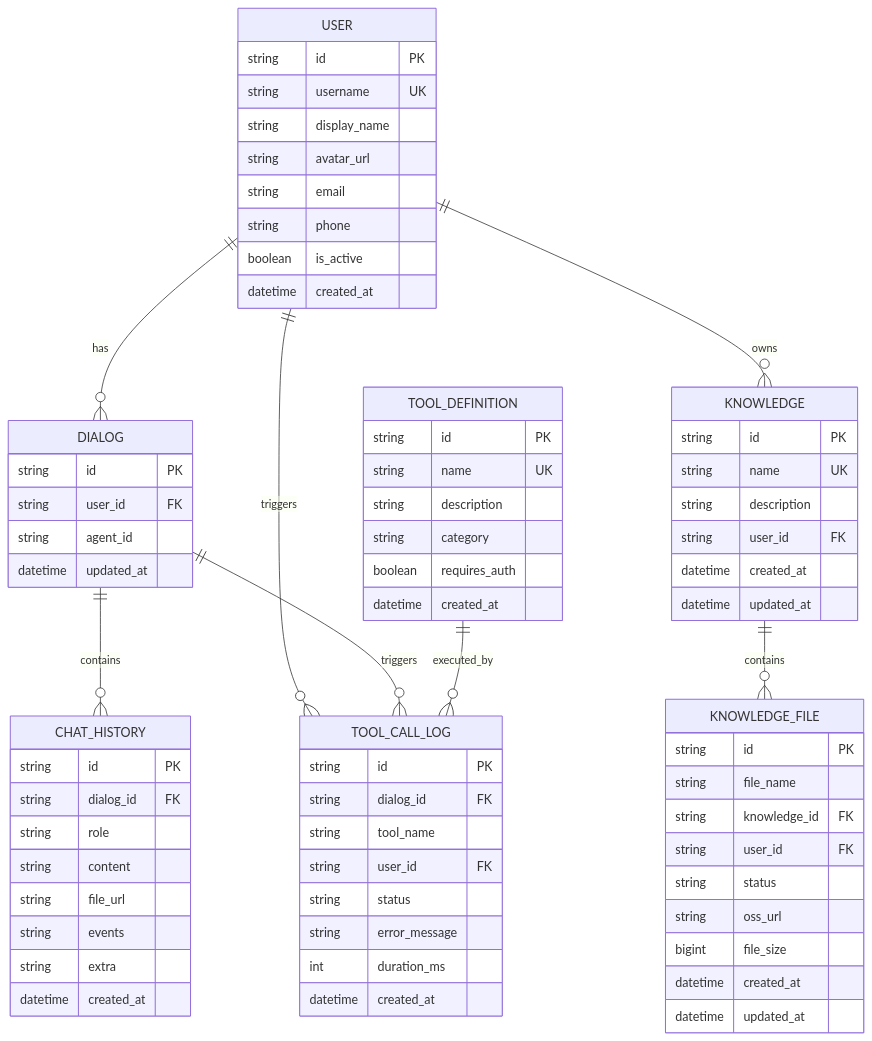
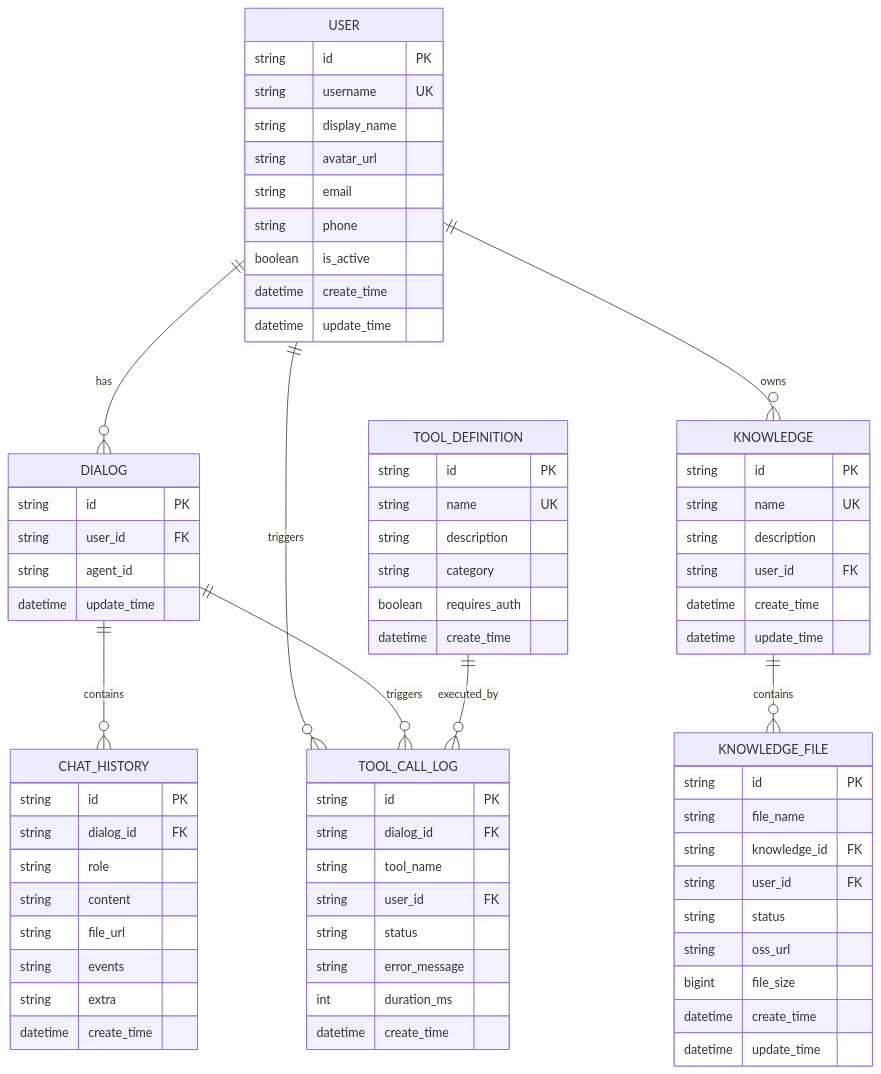
One commit to luorome31/CSU-CampusMind changed the diagram in docs/database-design.md. Above: the diagram before and after it, drawn with Mermaid. The commit also changed other lines of this file and 2 other files, not shown here.

First line of the commit message:
fix(schema): align database schema with models and fix history service bugs

````diff
--- a/docs/database-design.md
+++ b/docs/database-design.md
@@ -49,14 +49,15 @@
         string email
         string phone
         boolean is_active
-        datetime created_at
+        datetime create_time
+        datetime update_time
     }
 
     DIALOG {
         string id PK
         string user_id FK
         string agent_id
-        datetime updated_at
+        datetime update_time
     }
 
     CHAT_HISTORY {
@@ -67,7 +68,7 @@
         string file_url
         string events
         string extra
-        datetime created_at
+        datetime create_time
     }
 
     KNOWLEDGE {
@@ -75,8 +76,8 @@
         string name UK
         string description
         string user_id FK
-        datetime created_at
-        datetime updated_at
+        datetime create_time
+        datetime update_time
     }
 
     KNOWLEDGE_FILE {
@@ -87,8 +88,8 @@
         string status
         string oss_url
         bigint file_size
-        datetime created_at
-        datetime updated_at
+        datetime create_time
+        datetime update_time
     }
 
     TOOL_DEFINITION {
@@ -97,7 +98,7 @@
         string description
         string category
         boolean requires_auth
-        datetime created_at
+        datetime create_time
     }
 
     TOOL_CALL_LOG {
@@ -108,6 +109,6 @@
         string status
         string error_message
         int duration_ms
-        datetime created_at
+        datetime create_time
     }
 ```
````
